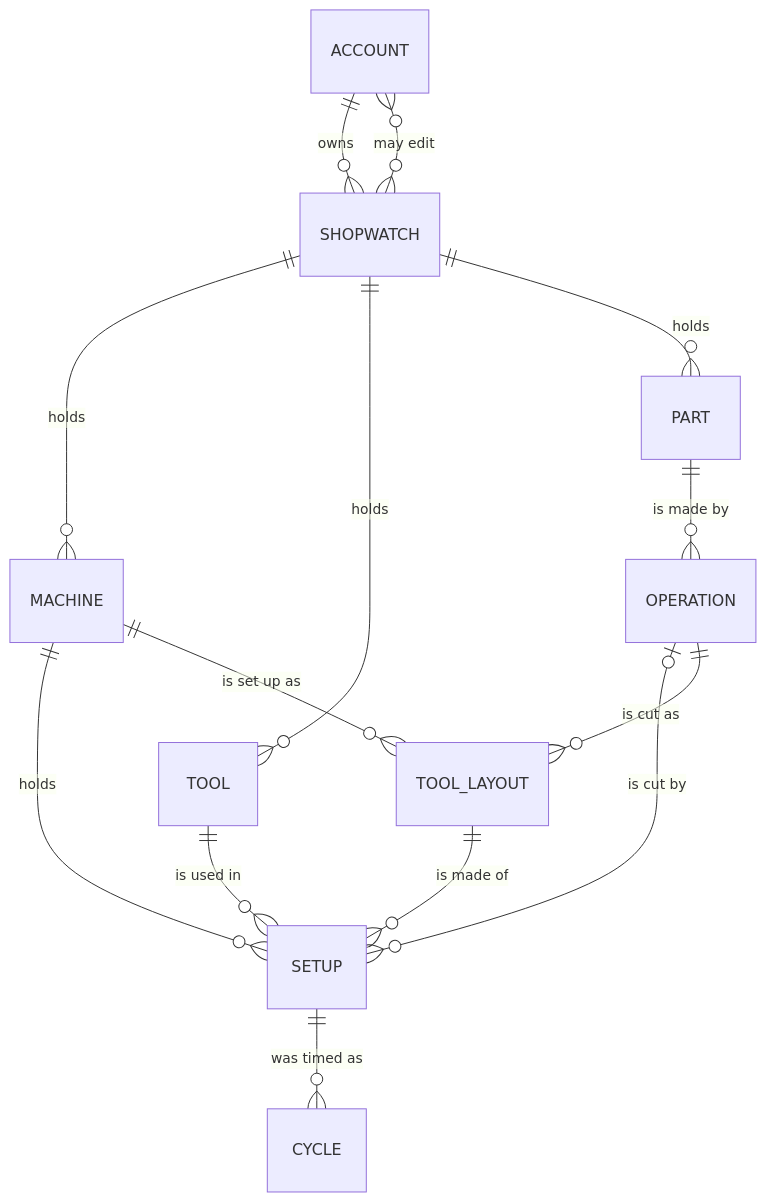
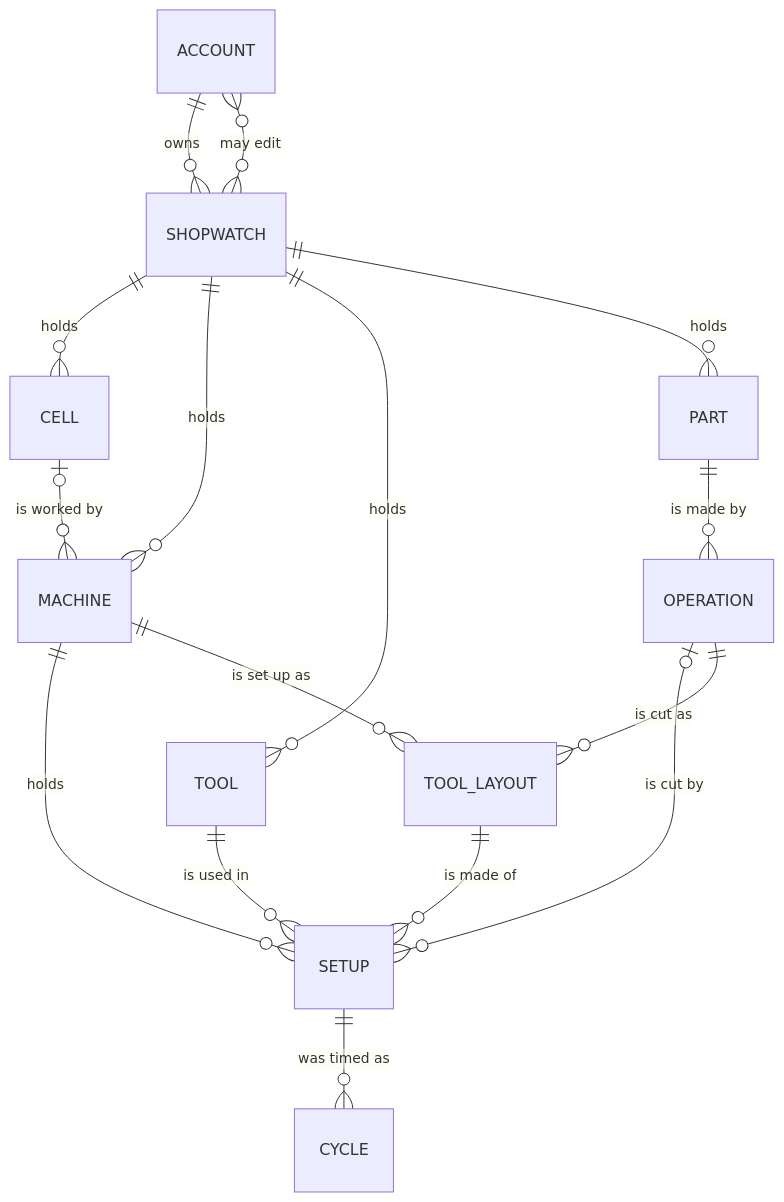
The diagram in plugin-packages/manufacturing/README.md (rwaynewhite15/MindMap3D), drawn with Mermaid before and after one commit. The commit also changed other lines of this file and 5 other files, not shown here.

````diff
--- a/plugin-packages/manufacturing/README.md
+++ b/plugin-packages/manufacturing/README.md
@@ -611,16 +689,18 @@
 ```mermaid
 erDiagram
     ACCOUNT     ||--o{ SHOPWATCH   : owns
     ACCOUNT     }o--o{ SHOPWATCH   : "may edit"
+    SHOPWATCH   ||--o{ CELL        : holds
+    CELL        |o--o{ MACHINE     : "is worked by"
     SHOPWATCH   ||--o{ MACHINE     : holds
     SHOPWATCH   ||--o{ TOOL        : holds
     SHOPWATCH   ||--o{ PART        : holds
     PART        ||--o{ OPERATION   : "is made by"
     OPERATION   |o--o{ SETUP       : "is cut by"
     MACHINE     ||--o{ SETUP       : "holds"
     TOOL        ||--o{ SETUP       : "is used in"
     SETUP       ||--o{ CYCLE       : "was timed as"
     MACHINE     ||--o{ TOOL_LAYOUT : "is set up as"
     OPERATION   ||--o{ TOOL_LAYOUT : "is cut as"
     TOOL_LAYOUT ||--o{ SETUP       : "is made of"
 ```
````
